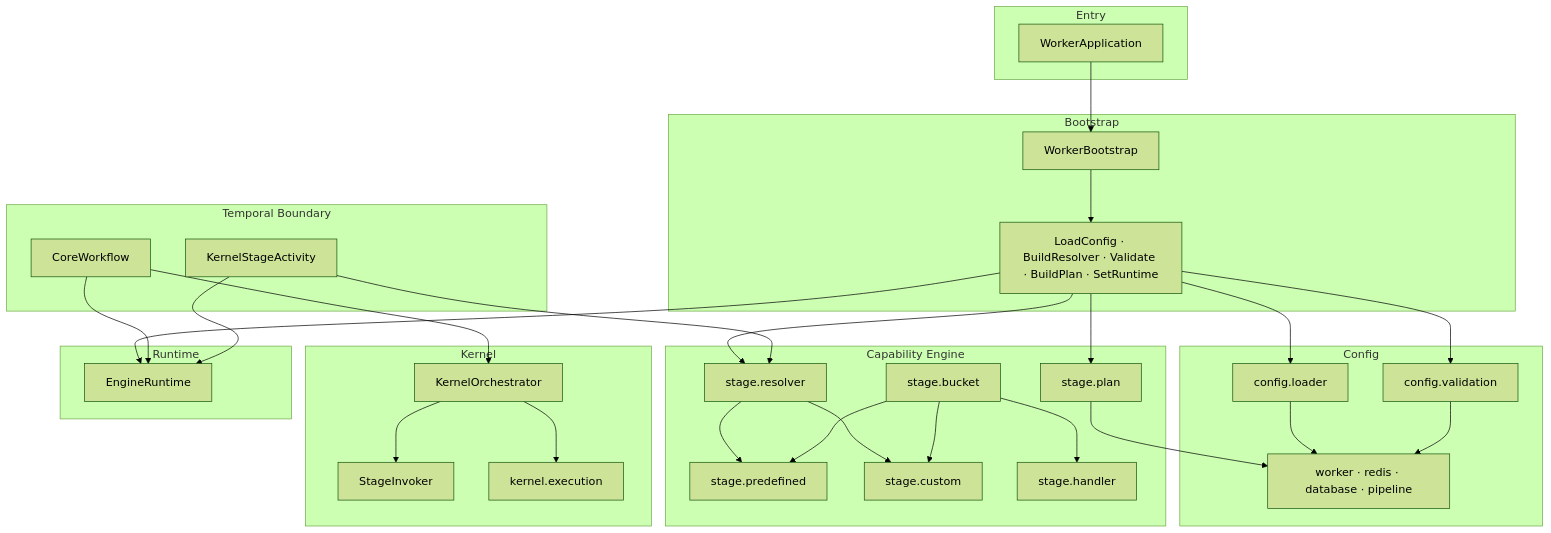
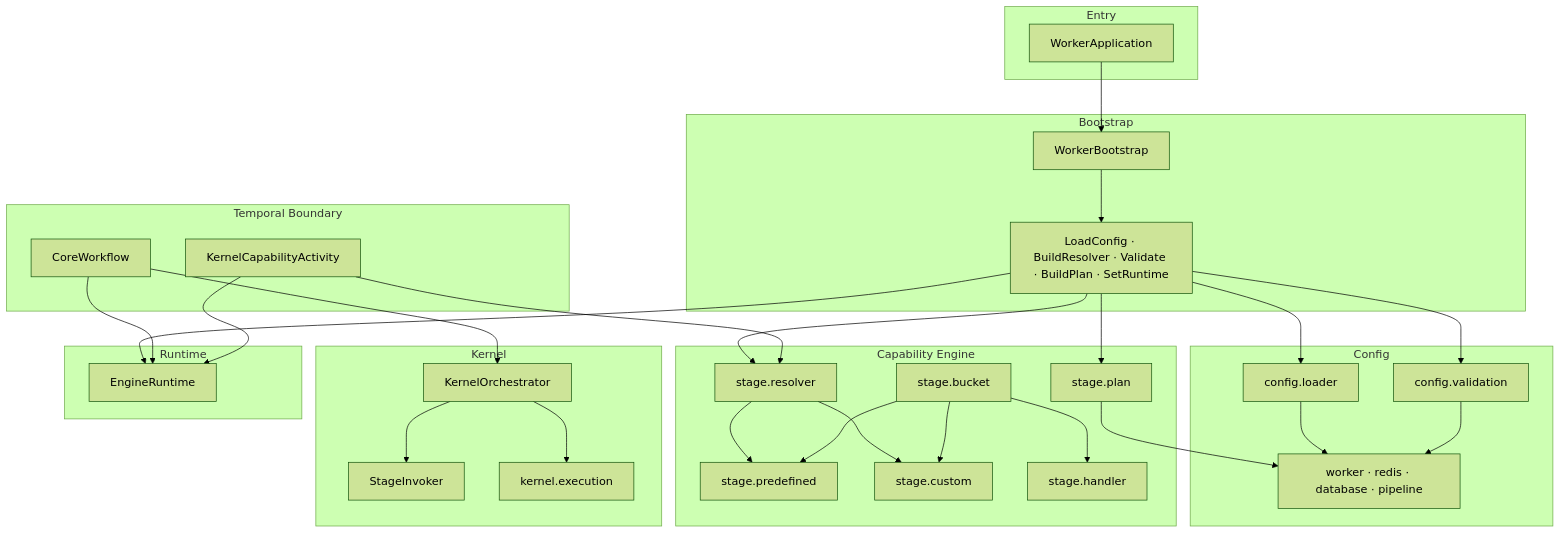
The second of 7 diagrams in docs/architecture.md (OpenLLMOrchestrator/Open-LLM-Orchestrator-Worker), drawn with Mermaid (forest theme) before and after one commit. The commit also changed other lines of this file and 42 other files, not shown here.

````diff
--- a/docs/architecture.md
+++ b/docs/architecture.md
@@ -39,65 +39,65 @@
 ```mermaid
 flowchart TB
     subgraph Entry["Entry"]
         WorkerApp[WorkerApplication]
     end
 
     subgraph Bootstrap["Bootstrap"]
         WB[WorkerBootstrap]
         Steps[LoadConfig · BuildResolver · Validate · BuildPlan · SetRuntime]
     end
 
     subgraph Config["Config"]
         Loader[config.loader]
         Validation[config.validation]
         DTOs[worker · redis · database · pipeline]
     end
 
     subgraph Capability["Capability Engine"]
         Plan[stage.plan]
         Predefined[stage.predefined]
         Custom[stage.custom]
         Resolver[stage.resolver]
         Bucket[stage.bucket]
         Handlers[stage.handler]
     end
 
     subgraph Kernel["Kernel"]
         Orch[KernelOrchestrator]
         Invoker[StageInvoker]
         Exec[kernel.execution]
     end
 
     subgraph Runtime["Runtime"]
         EngineRuntime[EngineRuntime]
     end
 
     subgraph TemporalBoundary["Temporal Boundary"]
         Workflow[CoreWorkflow]
-        Activity[KernelStageActivity]
+        Activity[KernelCapabilityActivity]
     end
 
     WorkerApp --> WB
     WB --> Steps
     Steps --> Loader
     Steps --> Validation
     Steps --> Plan
     Steps --> Resolver
     Steps --> EngineRuntime
 
     Loader --> DTOs
     Validation --> DTOs
     Plan --> DTOs
     Resolver --> Predefined
     Resolver --> Custom
     Bucket --> Predefined
     Bucket --> Custom
     Bucket --> Handlers
 
     Workflow --> EngineRuntime
     Workflow --> Orch
     Orch --> Exec
     Orch --> Invoker
     Activity --> EngineRuntime
     Activity --> Resolver
 ```
````
